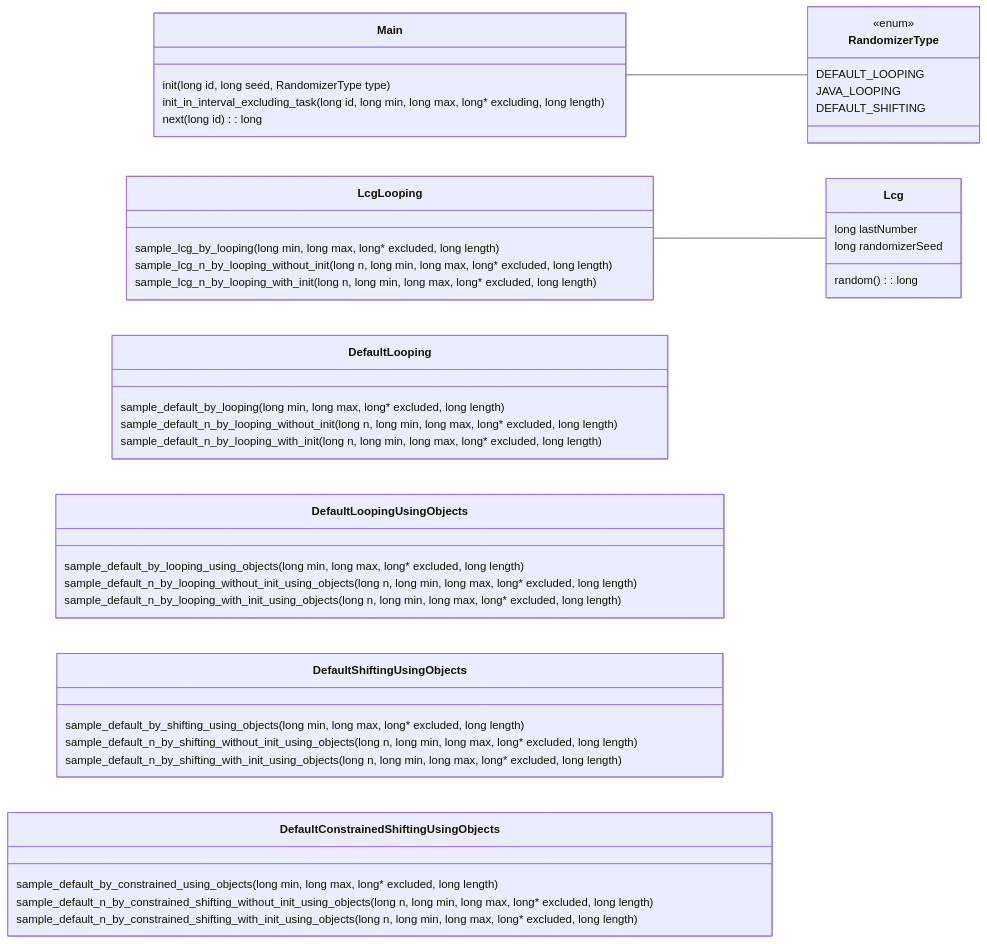
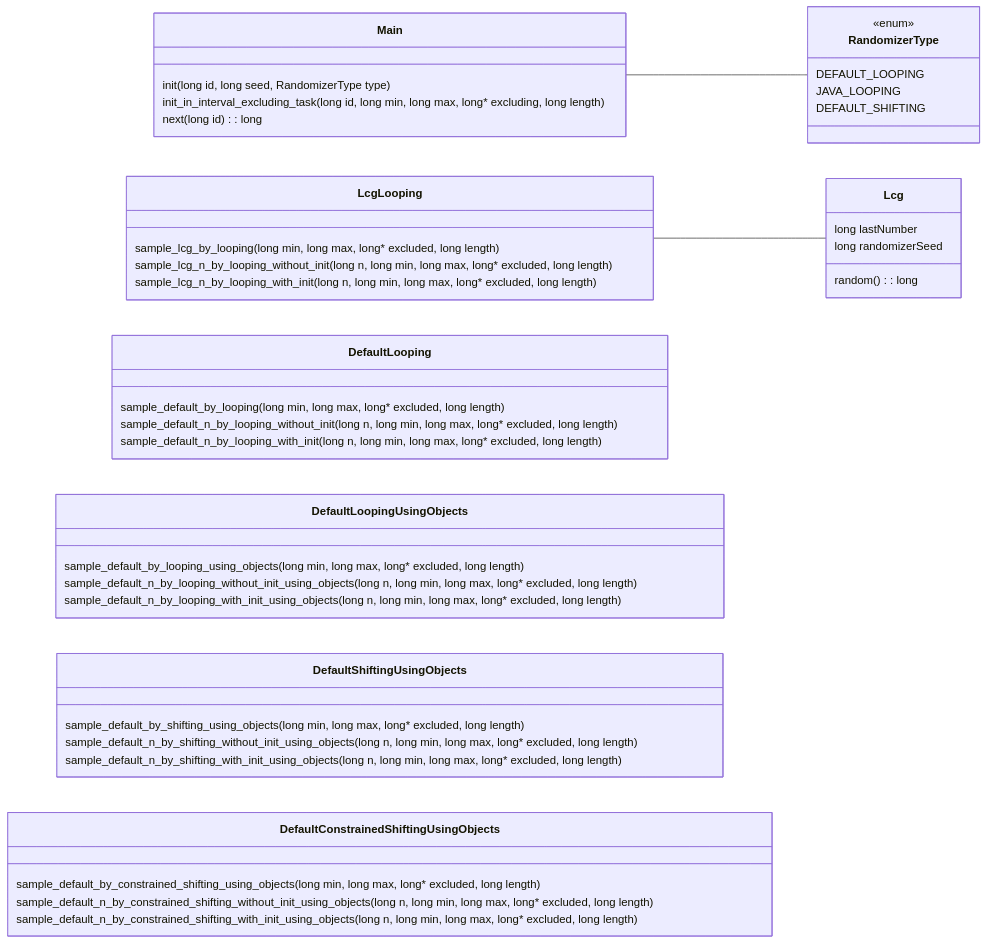
One commit to zeionara/randeer changed the fourth of 4 diagrams in README.md. Above: the diagram before and after it, drawn with Mermaid. The commit also changed other lines of this file and 2 other files, not shown here.

Commit message:
Added activity diagrams describing the functional api

````diff
--- a/README.md
+++ b/README.md
@@ -207,56 +207,56 @@
 ```mermaid
 classDiagram
 direction LR
 
 Main -- RandomizerType
 LcgLooping -- Lcg
 
 class Lcg {
     long lastNumber
     long randomizerSeed
     random(): long
 }
 
 class DefaultLooping {
     sample_default_by_looping(long min, long max, long* excluded, long length)
     sample_default_n_by_looping_without_init(long n, long min, long max, long* excluded, long length)
     sample_default_n_by_looping_with_init(long n, long min, long max, long* excluded, long length)
 }
 
 class DefaultLoopingUsingObjects {
     sample_default_by_looping_using_objects(long min, long max, long* excluded, long length)
     sample_default_n_by_looping_without_init_using_objects(long n, long min, long max, long* excluded, long length)
     sample_default_n_by_looping_with_init_using_objects(long n, long min, long max, long* excluded, long length)
 }
 
 class LcgLooping {
     sample_lcg_by_looping(long min, long max, long* excluded, long length)
     sample_lcg_n_by_looping_without_init(long n, long min, long max, long* excluded, long length)
     sample_lcg_n_by_looping_with_init(long n, long min, long max, long* excluded, long length)
 }
 
 class RandomizerType {
     <<enum>>
     DEFAULT_LOOPING
     JAVA_LOOPING
     DEFAULT_SHIFTING
 }
 
 class Main {
     init(long id, long seed, RandomizerType type)
     init_in_interval_excluding_task(long id, long min, long max, long* excluding, long length)
     next(long id): long
 }
 
 class DefaultShiftingUsingObjects {
     sample_default_by_shifting_using_objects(long min, long max, long* excluded, long length)
     sample_default_n_by_shifting_without_init_using_objects(long n, long min, long max, long* excluded, long length)
     sample_default_n_by_shifting_with_init_using_objects(long n, long min, long max, long* excluded, long length)
 }
 
 class DefaultConstrainedShiftingUsingObjects {
-    sample_default_by_constrained_using_objects(long min, long max, long* excluded, long length)
+    sample_default_by_constrained_shifting_using_objects(long min, long max, long* excluded, long length)
     sample_default_n_by_constrained_shifting_without_init_using_objects(long n, long min, long max, long* excluded, long length)
     sample_default_n_by_constrained_shifting_with_init_using_objects(long n, long min, long max, long* excluded, long length)
 }
 ```
````
